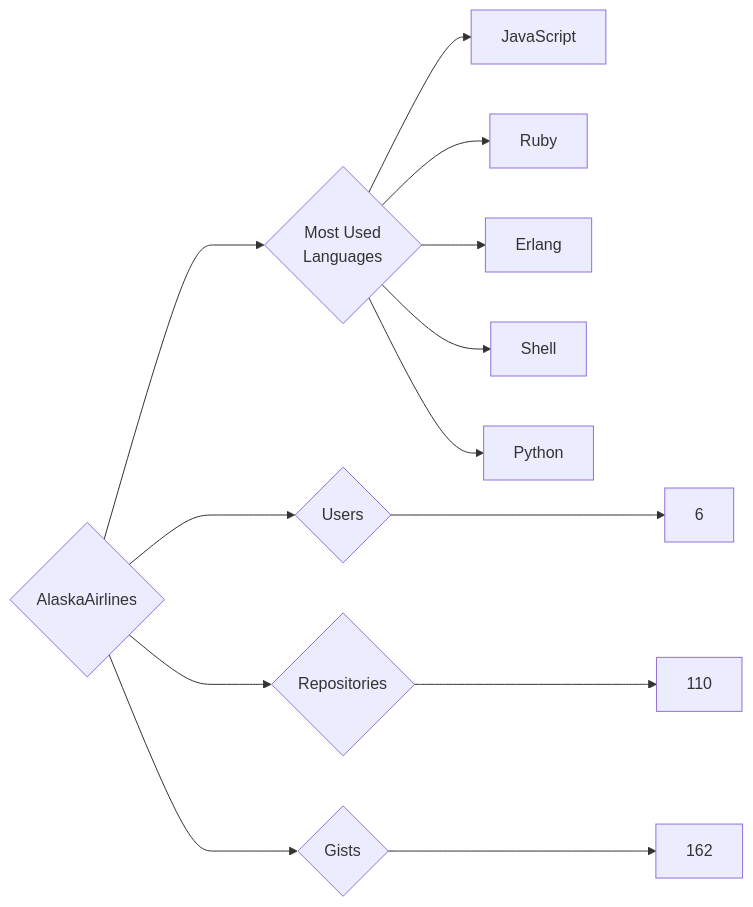
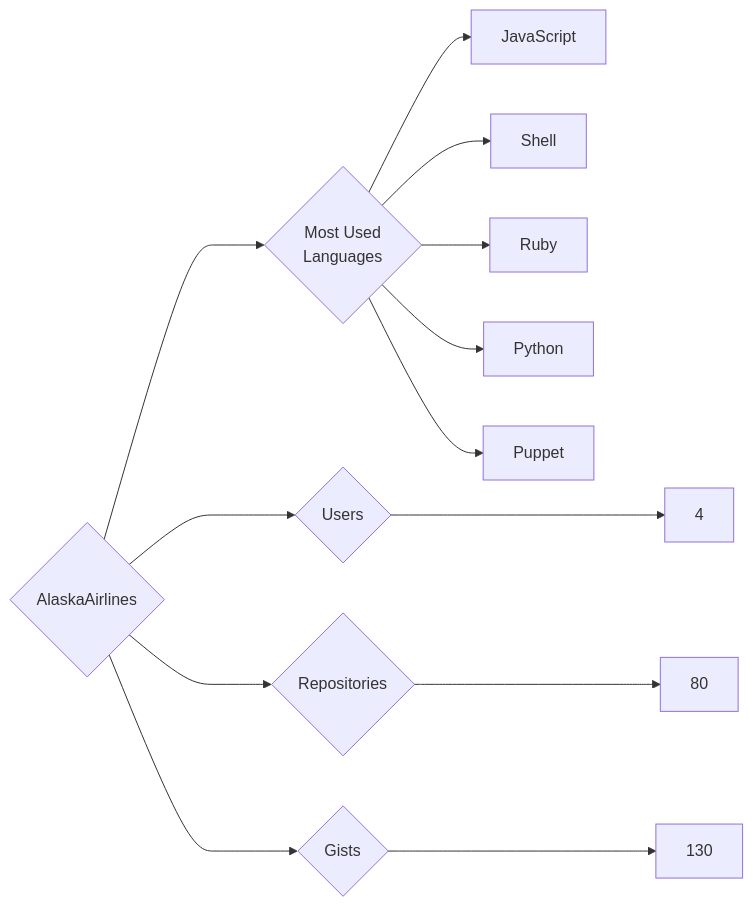
One commit to trickest/insiders changed the diagram in targets/AlaskaAirlines/README.md. Above: the diagram before and after it, drawn with Mermaid. The commit also changed 1055 other files, not shown here.

````diff
--- a/targets/AlaskaAirlines/README.md
+++ b/targets/AlaskaAirlines/README.md
@@ -3,13 +3,13 @@
 ```mermaid
 graph LR
 COMPANY_NAME{AlaskaAirlines}
-COMPANY_NAME ---> U{Users} ---> UN[6]
-COMPANY_NAME ---> R{Repositories} ---> RN[110]
-COMPANY_NAME ---> G{Gists} ---> GN[162]
+COMPANY_NAME ---> U{Users} ---> UN[4]
+COMPANY_NAME ---> R{Repositories} ---> RN[80]
+COMPANY_NAME ---> G{Gists} ---> GN[130]
 COMPANY_NAME ---> ML{Most Used<br>Languages}
 ML --> JavaScript[JavaScript]
+ML --> Shell[Shell]
 ML --> Ruby[Ruby]
-ML --> Erlang[Erlang]
-ML --> Shell[Shell]
 ML --> Python[Python]
+ML --> Puppet[Puppet]
 ```
````
